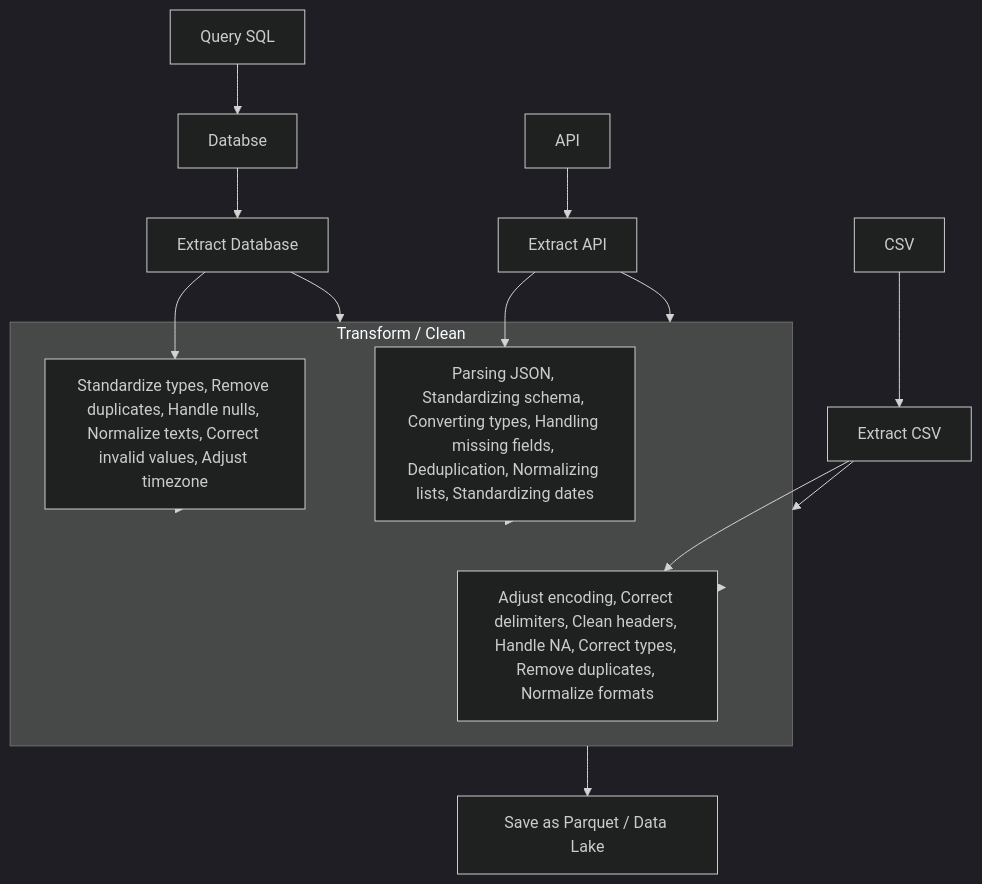
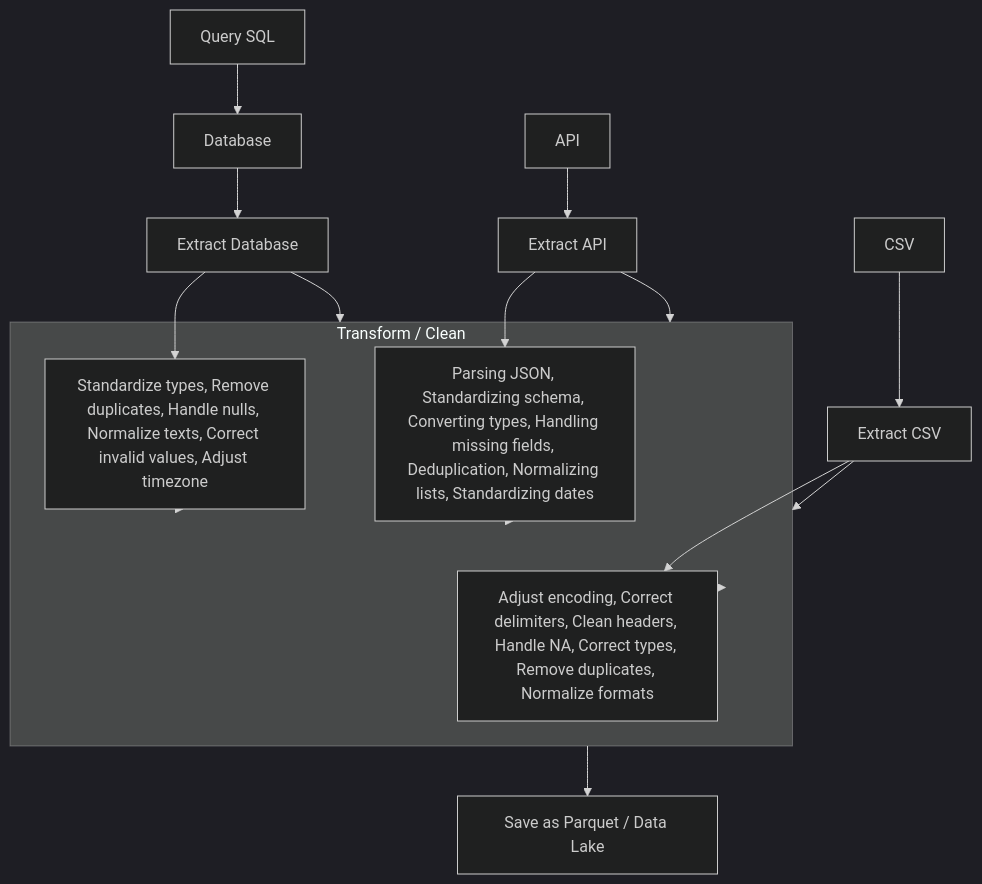
One commit to Luizrebelatto/poc-data changed the diagram in README.md. Above: the diagram before and after it, drawn with Mermaid (dark theme). The commit also changed other lines of this file, not shown here.

````diff
--- a/README.md
+++ b/README.md
@@ -5,30 +5,30 @@
 ```mermaid
 flowchart TD
 
-Q[Query SQL] --> A[Databse]
+Q[Query SQL] --> A[Database]
 A --> B[Extract Database]
 
 C[API] --> D[Extract API]
 E[CSV] --> F[Extract CSV]
 
 B --> G
 D --> G
 F --> G
 
 subgraph G[Transform / Clean]
     G1[Standardize types, Remove duplicates, Handle nulls, Normalize texts, Correct invalid values, Adjust timezone]
     G2[Parsing JSON, Standardizing schema, Converting types, Handling missing fields, Deduplication, Normalizing lists, Standardizing dates]
     G3[Adjust encoding, Correct delimiters, Clean headers, Handle NA, Correct types, Remove duplicates, Normalize formats]
 end
 
 G --> H[Save as Parquet / Data Lake]
 
 B --> G1
 D --> G2
 F --> G3
 
 G1 --> G
 G2 --> G
 G3 --> G
 
 ```
````
